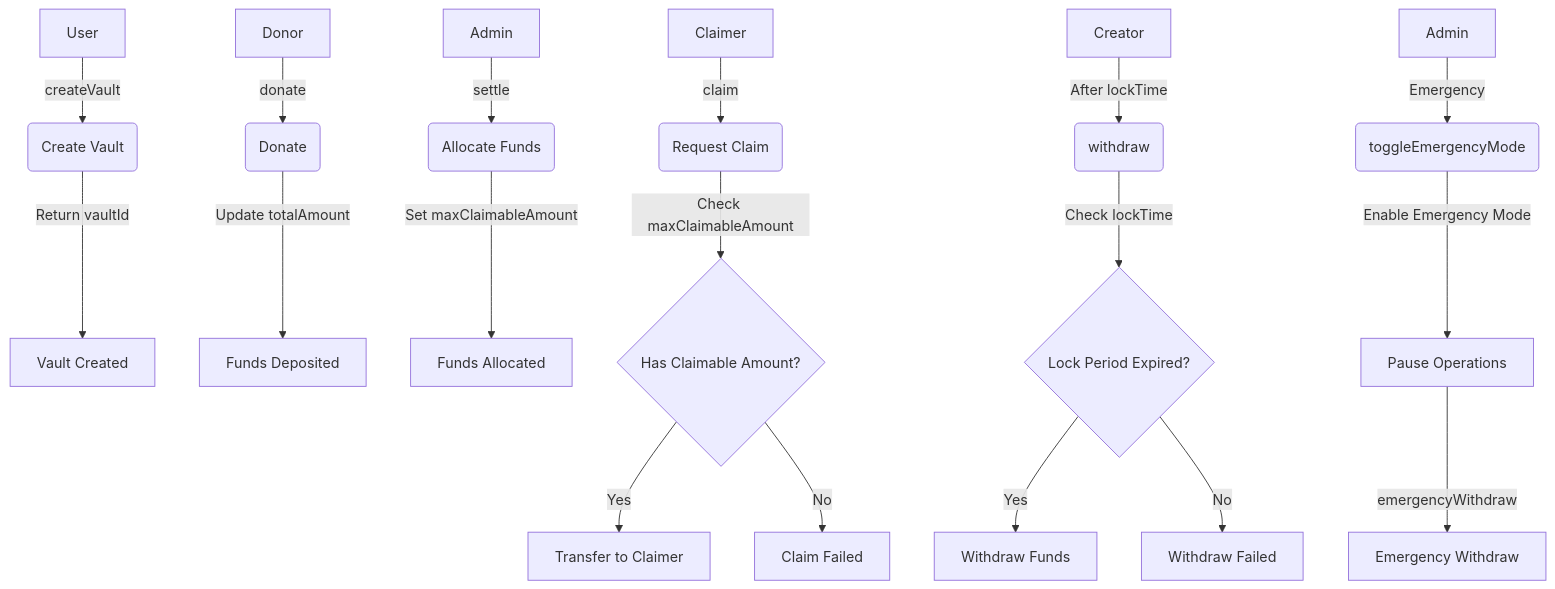
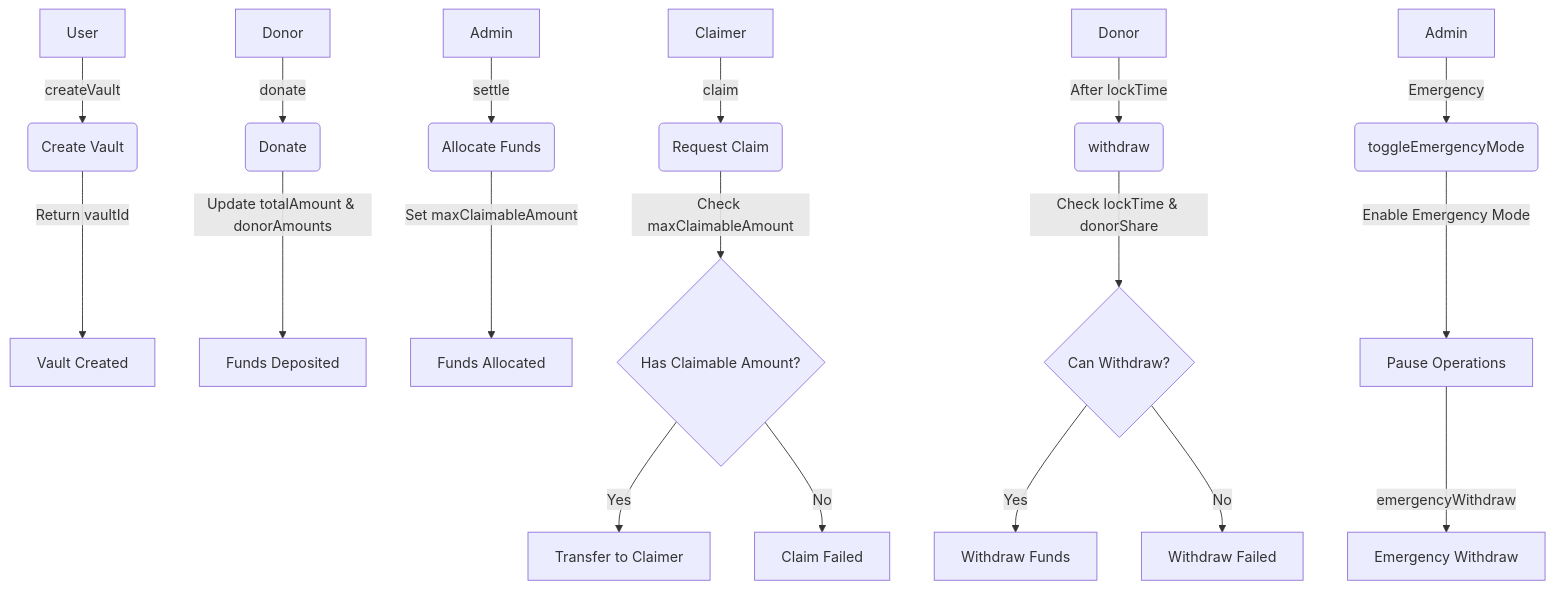
One commit to Dapp-Learning-DAO/Official-website-smart-contract changed the diagram in contracts/SharingWishVault/README.md. Above: the diagram before and after it, drawn with Mermaid. The commit also changed other lines of this file and 3 other files, not shown here.

````diff
--- a/contracts/SharingWishVault/README.md
+++ b/contracts/SharingWishVault/README.md
@@ -125,25 +143,25 @@
 ```mermaid
 graph TD
     A[User] -->|createVault| B(Create Vault)
     B -->|Return vaultId| C[Vault Created]
 
     D[Donor] -->|donate| E(Donate)
-    E -->|Update totalAmount| F[Funds Deposited]
+    E -->|Update totalAmount & donorAmounts| F[Funds Deposited]
 
     G[Admin] -->|settle| H(Allocate Funds)
     H -->|Set maxClaimableAmount| I[Funds Allocated]
 
     J[Claimer] -->|claim| K(Request Claim)
     K -->|Check maxClaimableAmount| L{Has Claimable Amount?}
     L -->|Yes| M[Transfer to Claimer]
     L -->|No| N[Claim Failed]
 
-    O[Creator] -->|After lockTime| P(withdraw)
-    P -->|Check lockTime| Q{Lock Period Expired?}
+    O[Donor] -->|After lockTime| P(withdraw)
+    P -->|Check lockTime & donorShare| Q{Can Withdraw?}
     Q -->|Yes| R[Withdraw Funds]
     Q -->|No| S[Withdraw Failed]
 
     T[Admin] -->|Emergency| U(toggleEmergencyMode)
     U -->|Enable Emergency Mode| V[Pause Operations]
     V -->|emergencyWithdraw| W[Emergency Withdraw]
 ```
````
